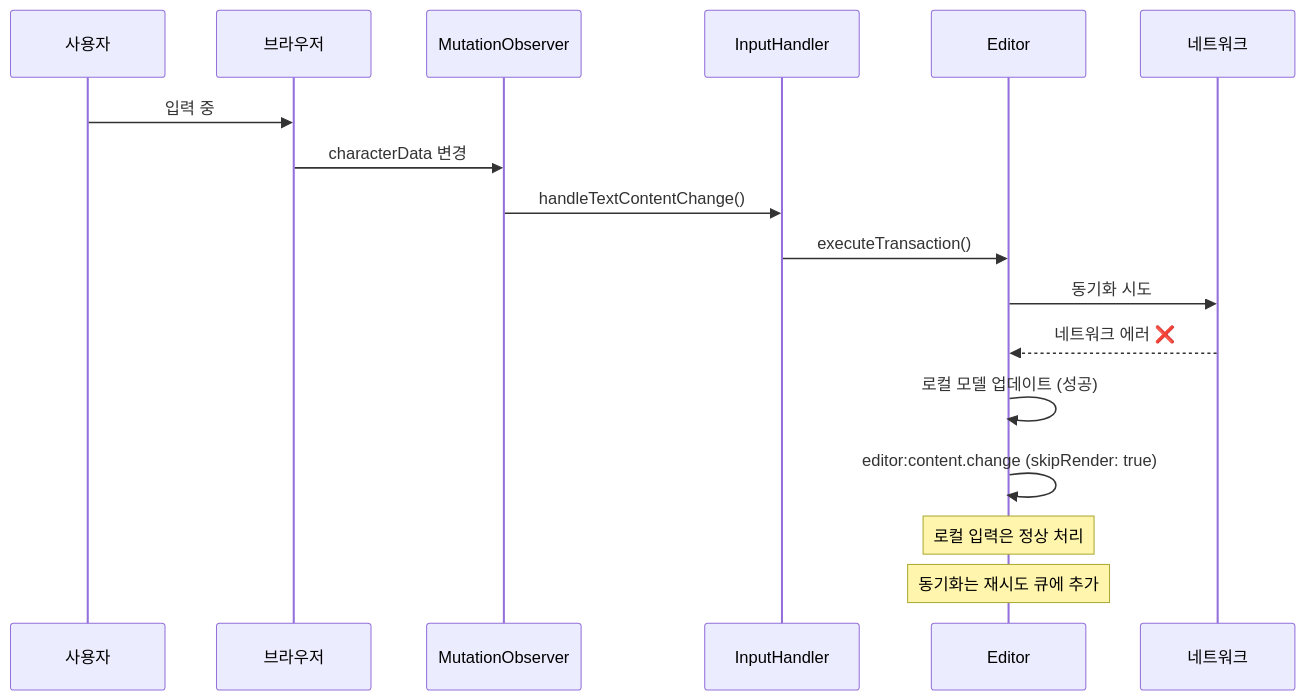
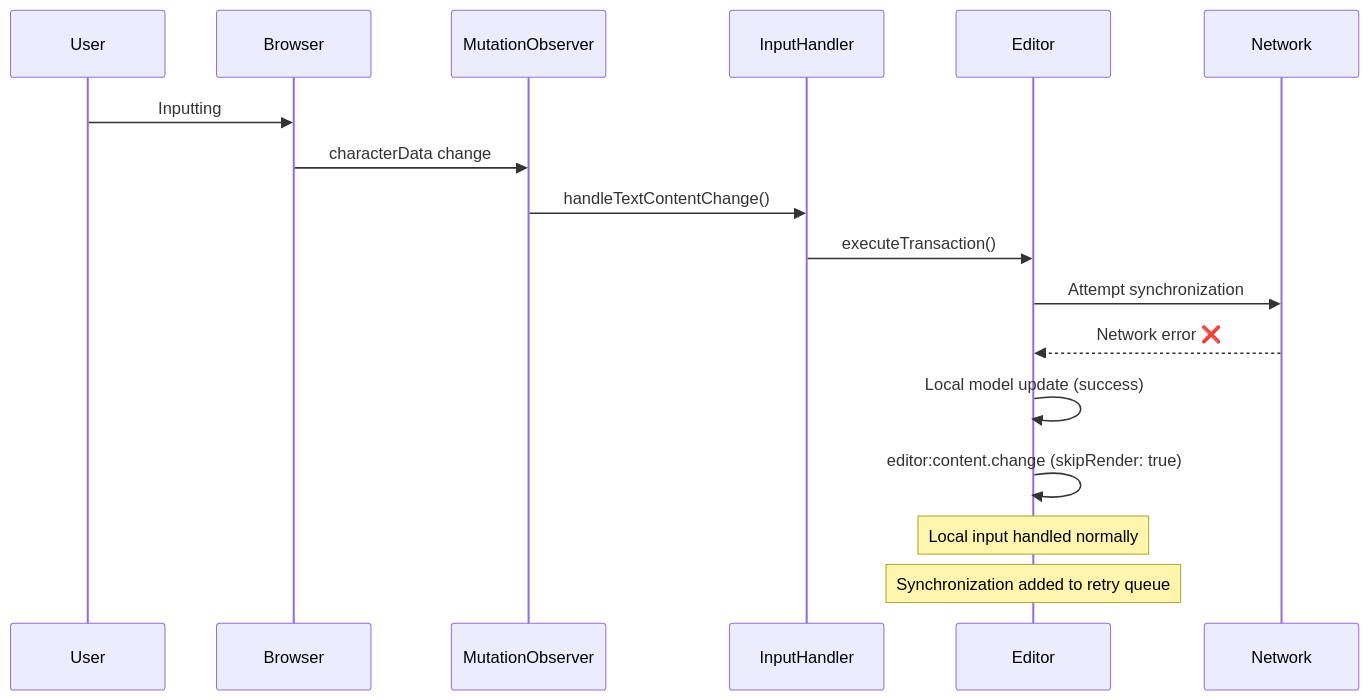
Before and after one commit to barocss/barocss-editor: diagram 12 of 16 in packages/editor-view-dom/docs/plan/input-rendering-race-condition.md, drawn with Mermaid. The commit also changed other lines of this file and 43 other files, not shown here.

````diff
--- a/packages/editor-view-dom/docs/plan/input-rendering-race-condition.md
+++ b/packages/editor-view-dom/docs/plan/input-rendering-race-condition.md
@@ -686,20 +686,20 @@
 ```mermaid
 sequenceDiagram
-    participant User as 사용자
-    participant Browser as 브라우저
+    participant User as User
+    participant Browser as Browser
     participant MO as MutationObserver
     participant IH as InputHandler
     participant Editor as Editor
-    participant Network as 네트워크
+    participant Network as Network
 
-    User->>Browser: 입력 중
-    Browser->>MO: characterData 변경
+    User->>Browser: Inputting
+    Browser->>MO: characterData change
     MO->>IH: handleTextContentChange()
     IH->>Editor: executeTransaction()
-    Editor->>Network: 동기화 시도
-    Network-->>Editor: 네트워크 에러 ❌
-    Editor->>Editor: 로컬 모델 업데이트 (성공)
+    Editor->>Network: Attempt synchronization
+    Network-->>Editor: Network error ❌
+    Editor->>Editor: Local model update (success)
     Editor->>Editor: editor:content.change (skipRender: true)
-    Note over Editor: 로컬 입력은 정상 처리
-    Note over Editor: 동기화는 재시도 큐에 추가
+    Note over Editor: Local input handled normally
+    Note over Editor: Synchronization added to retry queue
 ```
````
